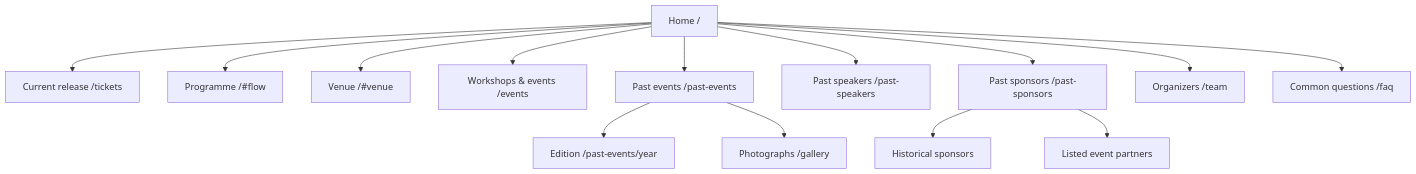
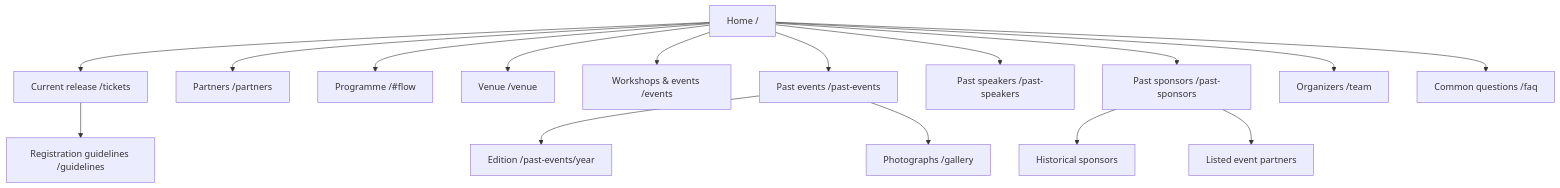
The diagram in docs/information-architecture.md (GDG-Indore-Ind/DevfestIndore2026), drawn with Mermaid before and after one commit. The commit also changed other lines of this file and 23 other files, not shown here.

Commit message:
Add registration guidelines, partners, and venue pages

````diff
--- a/docs/information-architecture.md
+++ b/docs/information-architecture.md
@@ -13,16 +13,18 @@
 ```mermaid
 flowchart TD
   Home[Home /] --> Tickets[Current release /tickets]
+  Tickets --> Guidelines[Registration guidelines /guidelines]
+  Home --> Partners[Partners /partners]
   Home --> Themes[Programme /#flow]
-  Home --> Venue[Venue /#venue]
+  Home --> Venue[Venue /venue]
   Home --> Events[Workshops & events /events]
   Home --> Archive[Past events /past-events]
   Archive --> Edition[Edition /past-events/year]
   Home --> Speakers[Past speakers /past-speakers]
   Home --> Sponsors[Past sponsors /past-sponsors]
   Archive --> Gallery[Photographs /gallery]
   Home --> Team[Organizers /team]
   Home --> FAQ[Common questions /faq]
   Sponsors --> SponsorsView[Historical sponsors]
   Sponsors --> PartnersView[Listed event partners]
 ```
````
